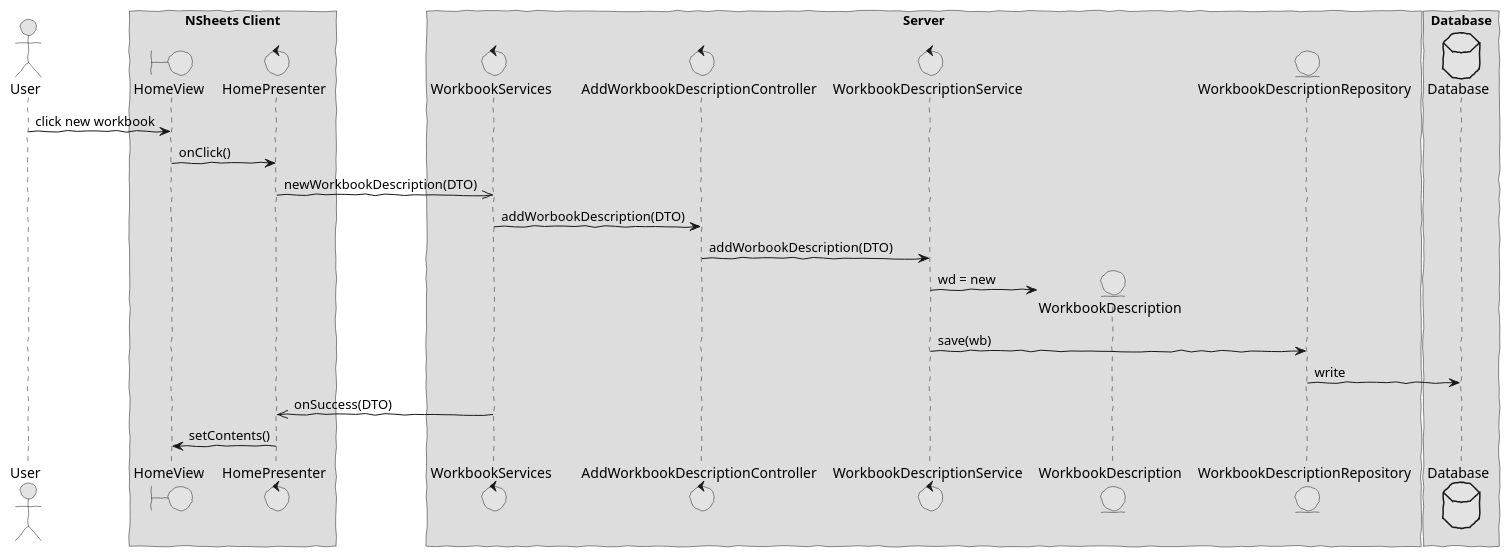
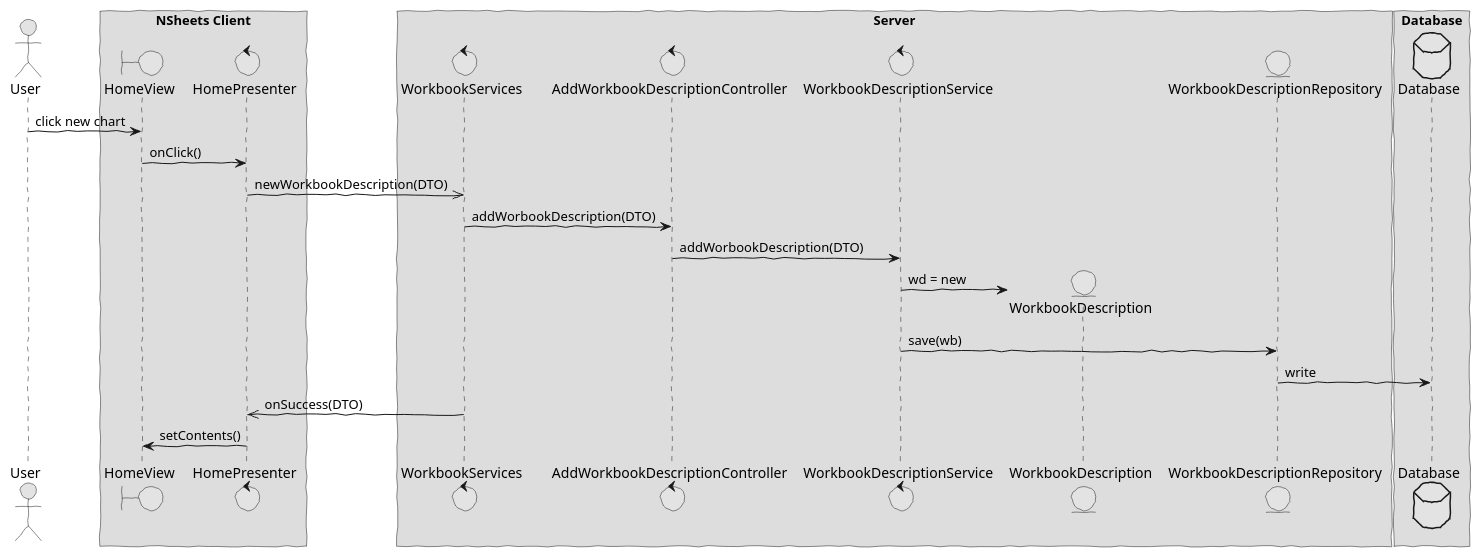
The diagram in docs/red/1160630/sp1/design2.puml (Fuel4us/EventManagingApp), drawn with PlantUML before and after one commit. The commit also changed 14 other files, not shown here.

Commit message:
#10 Updated sequence diagrams, domain model and short sequence diagrams;

```diff
--- a/docs/red/1160630/sp1/design2.puml
+++ b/docs/red/1160630/sp1/design2.puml
@@ -1,47 +1,47 @@
-@startuml  design2.png
+@startuml  design2
 skinparam handwritten true
 skinparam monochrome true
 skinparam packageStyle rect
 skinparam defaultFontName FG Virgil
 skinparam shadowing false
 
 actor User
 boundary HomeView
 control HomePresenter
 control WorkbookServices
 control AddWorkbookDescriptionController
 control WorkbookDescriptionService
 entity WorkbookDescriptionRepository
 entity WorkbookDescription
 database Database 
 
 box "NSheets Client"
 participant HomeView
 participant HomePresenter 
 end box
  
 box "Server"
 participant WorkbookServices
 participant AddWorkbookDescriptionController
 participant WorkbookDescriptionService
 participant WorkbookDescription
 participant WorkbookDescriptionRepository
 end box
 
 box "Database"
 participant Database
 end box
 
-User -> HomeView : click new workbook
+User -> HomeView : click new chart
 HomeView -> HomePresenter : onClick()
 HomePresenter ->> WorkbookServices : newWorkbookDescription(DTO)
 WorkbookServices -> AddWorkbookDescriptionController : addWorbookDescription(DTO)
 AddWorkbookDescriptionController -> WorkbookDescriptionService : addWorbookDescription(DTO)
 create WorkbookDescription
 WorkbookDescriptionService -> WorkbookDescription : wd = new
 WorkbookDescriptionService -> WorkbookDescriptionRepository : save(wb)
 WorkbookDescriptionRepository -> Database : write
 WorkbookServices ->> HomePresenter : onSuccess(DTO) 
 HomePresenter -> HomeView : setContents()
 
 @enduml
```
